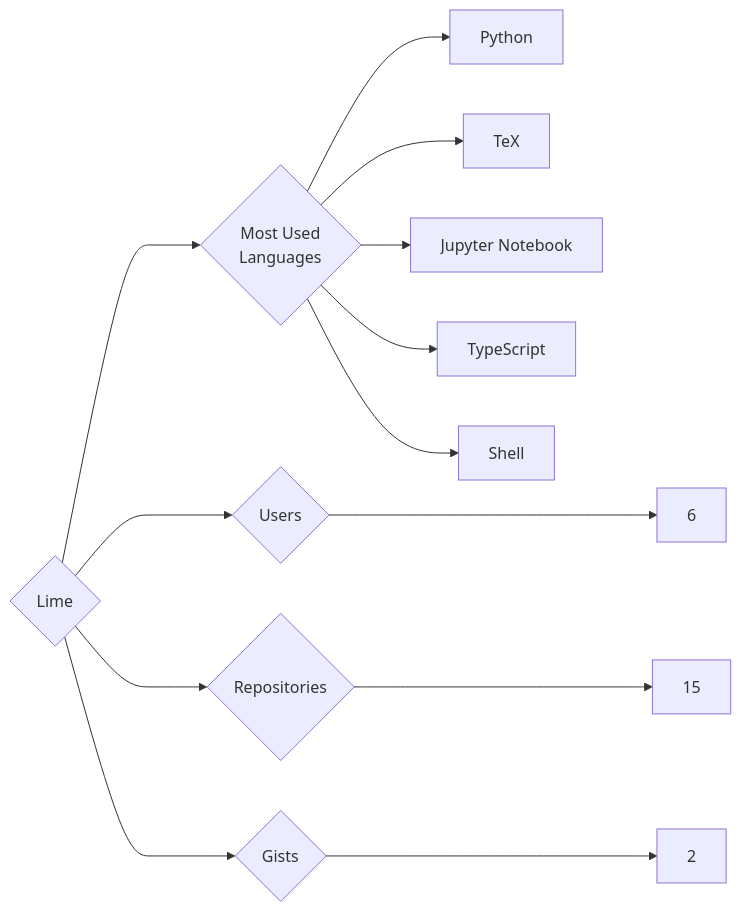
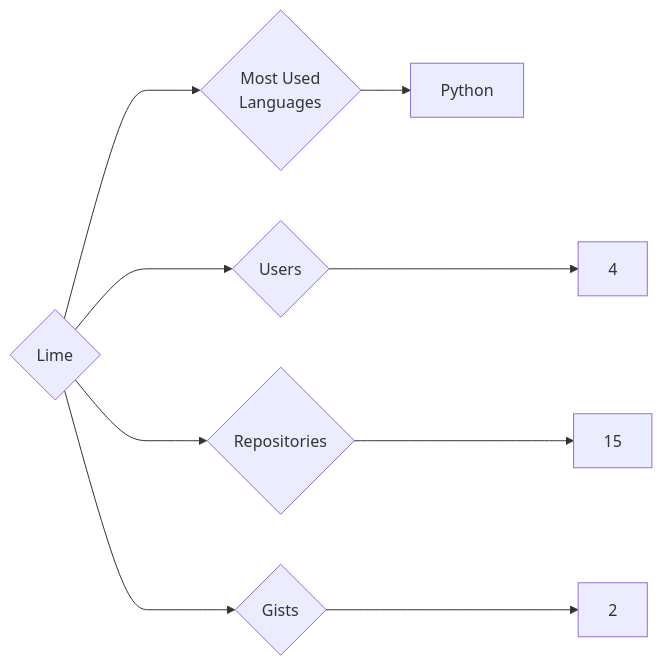
Before and after one commit to trickest/insiders: the diagram in targets/Lime/README.md, drawn with Mermaid. The commit also changed 1389 other files, not shown here.

````diff
--- a/targets/Lime/README.md
+++ b/targets/Lime/README.md
@@ -3,13 +3,9 @@
 ```mermaid
 graph LR
 COMPANY_NAME{Lime}
-COMPANY_NAME ---> U{Users} ---> UN[6]
+COMPANY_NAME ---> U{Users} ---> UN[4]
 COMPANY_NAME ---> R{Repositories} ---> RN[15]
 COMPANY_NAME ---> G{Gists} ---> GN[2]
 COMPANY_NAME ---> ML{Most Used<br>Languages}
 ML --> Python[Python]
-ML --> TeX[TeX]
-ML --> Jupyter_Notebook[Jupyter Notebook]
-ML --> TypeScript[TypeScript]
-ML --> Shell[Shell]
 ```
````
